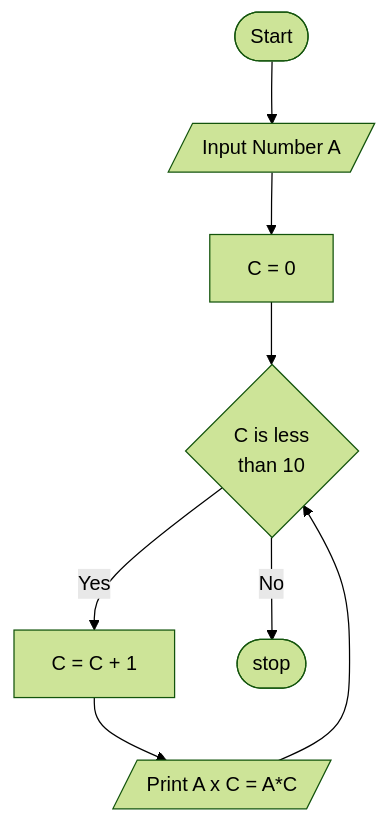
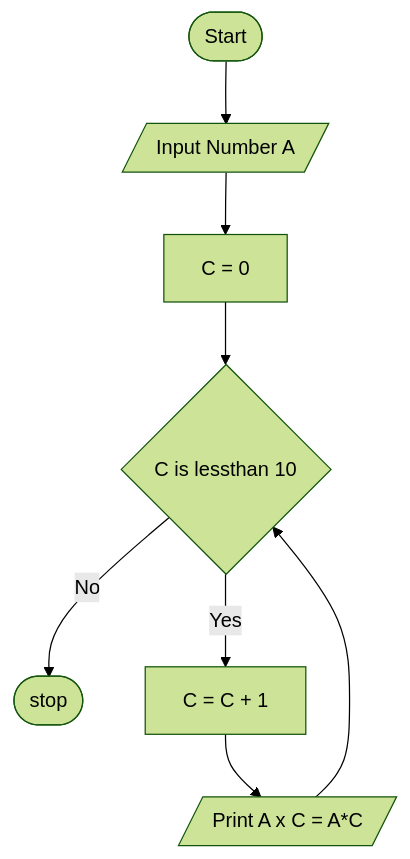
Before and after one commit to zk-007/AutiStudy-App: diagram 11 of 25 in frontend/books_mds/Grade 7/comp/comp_7.md, drawn with Mermaid (forest theme). The commit also changed other lines of this file and 12 other files, not shown here.

````diff
--- a/frontend/books_mds/Grade 7/comp/comp_7.md
+++ b/frontend/books_mds/Grade 7/comp/comp_7.md
@@ -2724,10 +2587,10 @@
 ```mermaid
 graph TD
     Start([Start]) --> Input[/Input Number A/]
-    Input --> Init[C = 0]
-    Init --> Decision{C is less<br/>than 10}
-    Decision -- Yes --> Increment[C = C + 1]
-    Increment --> Print[/Print A x C = A*C/]
+    Input --> C0[C = 0]
+    C0 --> Decision{C is lessthan 10}
+    Decision -- No --> Stop([stop])
+    Decision -- Yes --> C1[C = C + 1]
+    C1 --> Print[/Print A x C = A*C/]
     Print --> Decision
-    Decision -- No --> Stop([stop])
 ```
````
